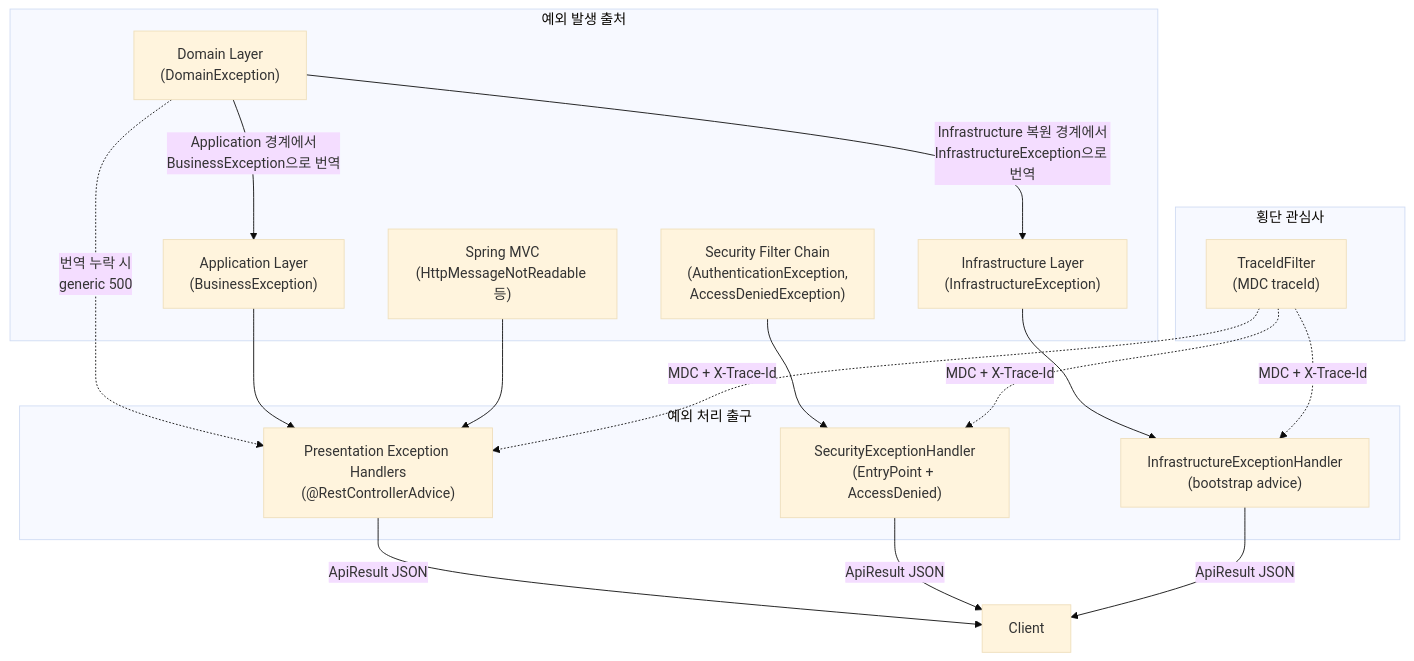
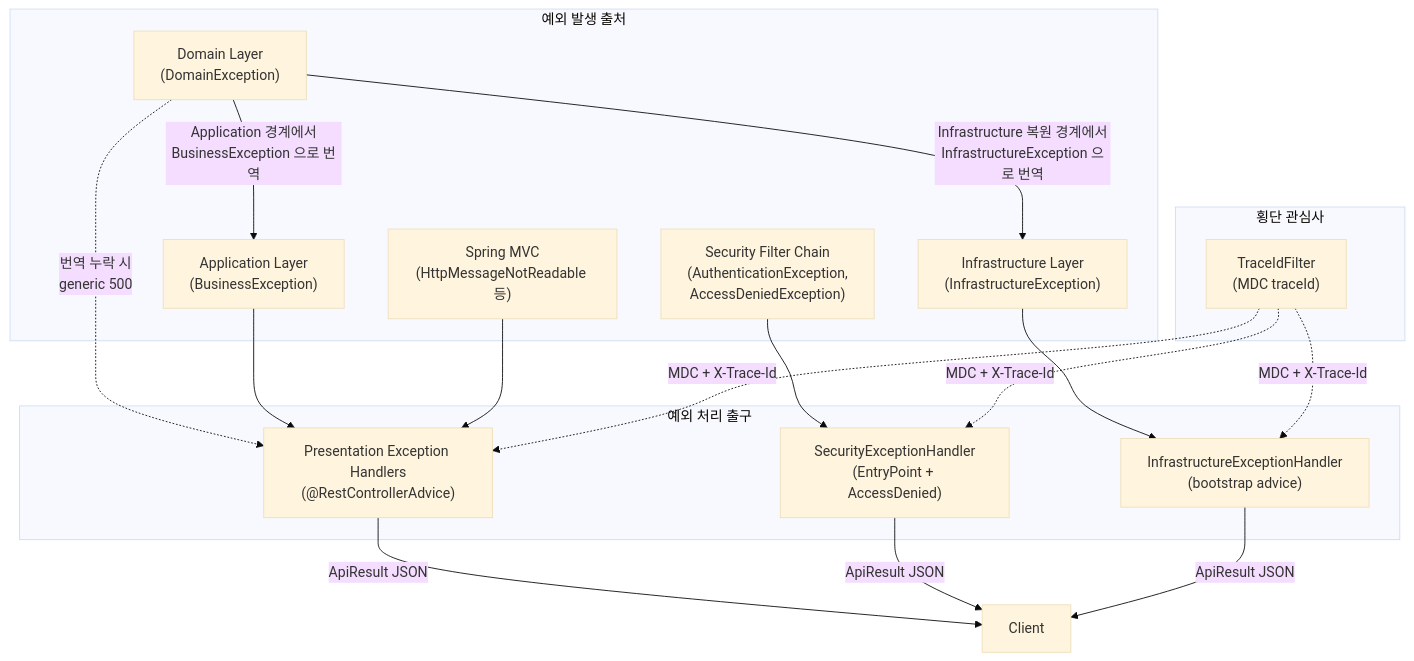
Before and after one commit to DongHyeonka/Project-Auth-Server: the first of 2 diagrams in docs/topics/02-clean-architecture/02-error-handling.md, drawn with Mermaid (base theme). The commit also changed other lines of this file and 64 other files, not shown here.

````diff
--- a/docs/topics/02-clean-architecture/02-error-handling.md
+++ b/docs/topics/02-clean-architecture/02-error-handling.md
@@ -57,34 +59,34 @@
 ```mermaid
 flowchart TD
     subgraph "예외 발생 출처"
         DOM["Domain Layer<br/>(DomainException)"]
         APP["Application Layer<br/>(BusinessException)"]
         INFRA["Infrastructure Layer<br/>(InfrastructureException)"]
         MVC["Spring MVC<br/>(HttpMessageNotReadable 등)"]
         SEC["Security Filter Chain<br/>(AuthenticationException,<br/>AccessDeniedException)"]
     end
 
     subgraph "예외 처리 출구"
         GEH["Presentation Exception Handlers<br/>(@RestControllerAdvice)"]
         SEH["SecurityExceptionHandler<br/>(EntryPoint + AccessDenied)"]
         IEH["InfrastructureExceptionHandler<br/>(bootstrap advice)"]
     end
 
     subgraph "횡단 관심사"
         TF["TraceIdFilter<br/>(MDC traceId)"]
     end
 
-    DOM -->|"Application 경계에서<br/>BusinessException으로 번역"| APP
-    DOM -->|"Infrastructure 복원 경계에서<br/>InfrastructureException으로 번역"| INFRA
+    DOM -->|"Application 경계에서<br/>BusinessException 으로 번역"| APP
+    DOM -->|"Infrastructure 복원 경계에서<br/>InfrastructureException 으로 번역"| INFRA
     DOM -.->|"번역 누락 시<br/>generic 500"| GEH
     APP --> GEH
     INFRA --> IEH
     MVC --> GEH
     SEC --> SEH
     GEH -->|"ApiResult JSON"| CLIENT["Client"]
     SEH -->|"ApiResult JSON"| CLIENT
     IEH -->|"ApiResult JSON"| CLIENT
     TF -.->|"MDC + X-Trace-Id"| GEH
     TF -.->|"MDC + X-Trace-Id"| SEH
     TF -.->|"MDC + X-Trace-Id"| IEH
 ```
````
